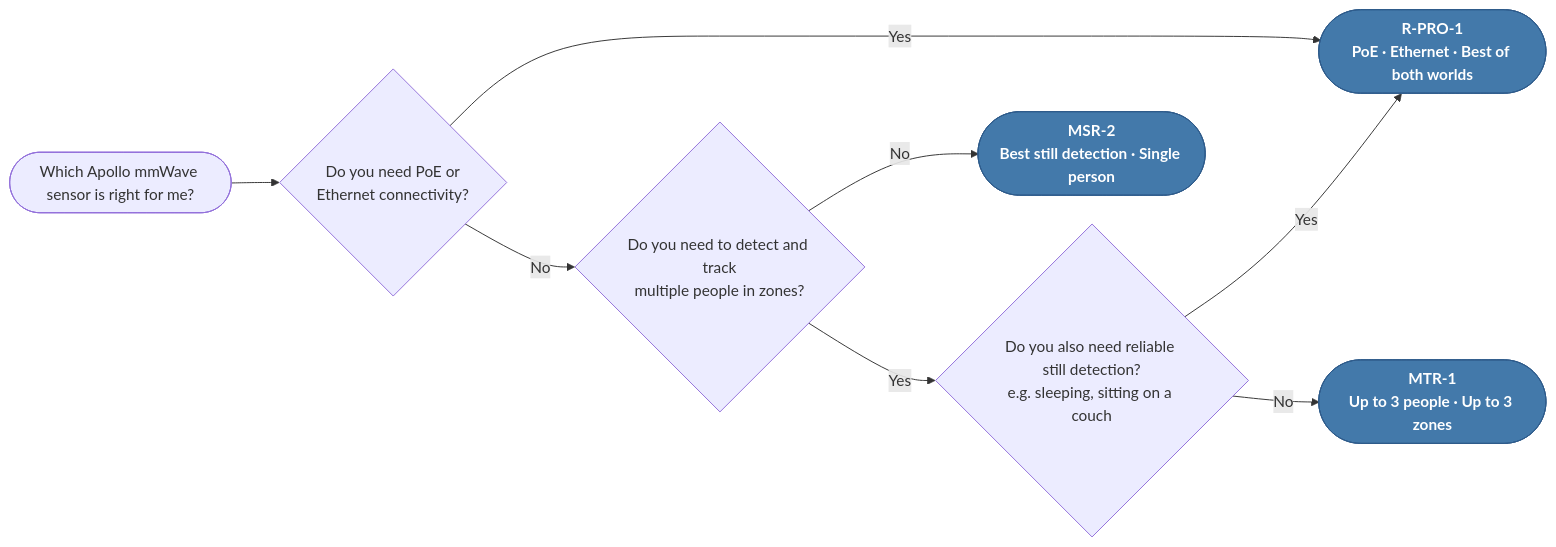
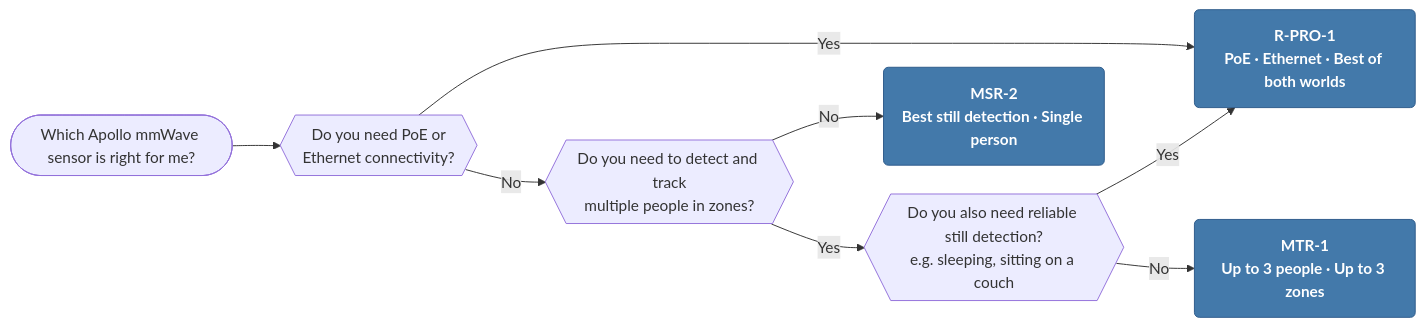
Before and after one commit to ApolloAutomation/docs: the diagram in docs/index.md, drawn with Mermaid.

Commit message:
Update flowchart shapes: hexagons for questions, rounded rects for products

````diff
--- a/docs/index.md
+++ b/docs/index.md
@@ -13,27 +13,27 @@
 ```mermaid
 %%{init: {'flowchart': {'nodeSpacing': 30, 'rankSpacing': 50}}}%%
 flowchart LR
     START(["Which Apollo mmWave sensor is right for me?"])
 
-    START --> Q1{"Do you need PoE or<br/>Ethernet connectivity?"}
+    START --> Q1{{"Do you need PoE or<br/>Ethernet connectivity?"}}
 
     Q1 -->|Yes| RPRO
-    Q1 -->|No| Q2{"Do you need to detect and track<br/>multiple people in zones?"}
+    Q1 -->|No| Q2{{"Do you need to detect and track<br/>multiple people in zones?"}}
 
-    Q2 -->|Yes| Q3{"Do you also need reliable still detection?<br/>e.g. sleeping, sitting on a couch"}
+    Q2 -->|Yes| Q3{{"Do you also need reliable still detection?<br/>e.g. sleeping, sitting on a couch"}}
     Q2 -->|No| MSR
 
     Q3 -->|Yes| RPRO
     Q3 -->|No| MTR
 
-    MSR(["MSR-2<br/>Best still detection · Single person"])
-    MTR(["MTR-1<br/>Up to 3 people · Up to 3 zones"])
-    RPRO(["R-PRO-1<br/>PoE · Ethernet · Best of both worlds"])
+    MSR("MSR-2<br/>Best still detection · Single person")
+    MTR("MTR-1<br/>Up to 3 people · Up to 3 zones")
+    RPRO("R-PRO-1<br/>PoE · Ethernet · Best of both worlds")
 
     classDef product fill:#4379AA,stroke:#2d5a8a,color:#fff,font-weight:bold
     class MSR,MTR,RPRO product
 
     click MSR href "https://wiki.apolloautomation.com/products/msr2/introduction/" _blank
     click MTR href "https://wiki.apolloautomation.com/products/mtr1/introduction/" _blank
     click RPRO href "https://wiki.apolloautomation.com/products/rpro1/introduction/" _blank
 ```
````
